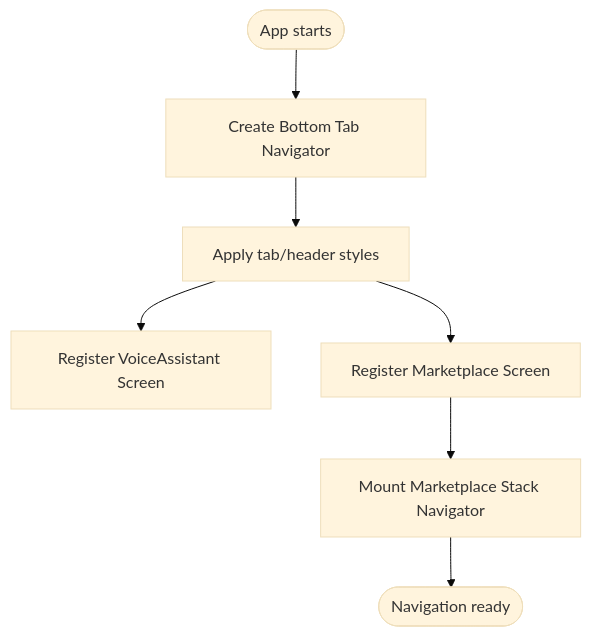
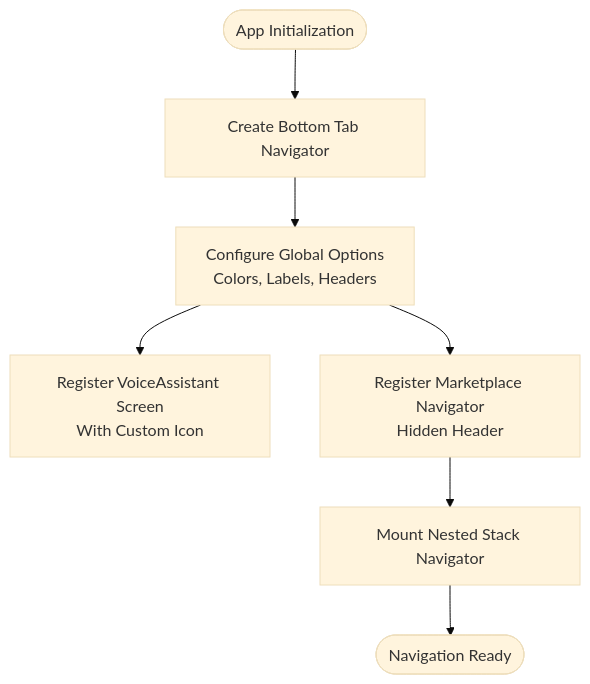
The third of 5 diagrams in .qoder/repowiki/en/content/Navigation System.md (Aiman-Naeem/KisaanDost_AI_hackathon_Pakistan), drawn with Mermaid (base theme) before and after one commit. The commit also changed other lines of this file and 42 other files, not shown here.

````diff
--- a/.qoder/repowiki/en/content/Navigation System.md
+++ b/.qoder/repowiki/en/content/Navigation System.md
@@ -111,9 +142,9 @@
 ```mermaid
 flowchart TD
-Start(["App starts"]) --> InitTabs["Create Bottom Tab Navigator"]
-InitTabs --> ConfigureOptions["Apply tab/header styles"]
-ConfigureOptions --> RegisterVoice["Register VoiceAssistant Screen"]
-ConfigureOptions --> RegisterMarket["Register Marketplace Screen"]
-RegisterMarket --> MountStack["Mount Marketplace Stack Navigator"]
-MountStack --> Ready(["Navigation ready"])
+Start(["App Initialization"]) --> CreateTab["Create Bottom Tab Navigator"]
+CreateTab --> ConfigureOptions["Configure Global Options<br/>Colors, Labels, Headers"]
+ConfigureOptions --> RegisterVoice["Register VoiceAssistant Screen<br/>With Custom Icon"]
+ConfigureOptions --> RegisterMarket["Register Marketplace Navigator<br/>Hidden Header"]
+RegisterMarket --> MountStack["Mount Nested Stack Navigator"]
+MountStack --> Ready(["Navigation Ready"])
 ```
````
